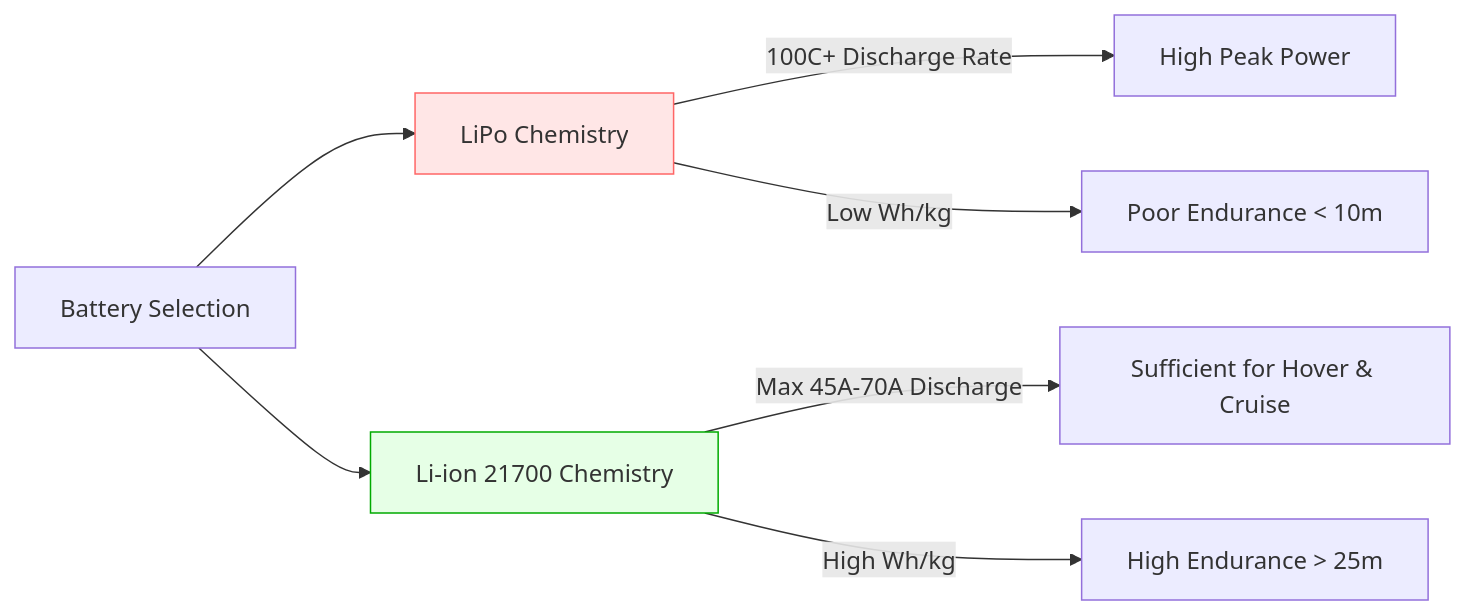
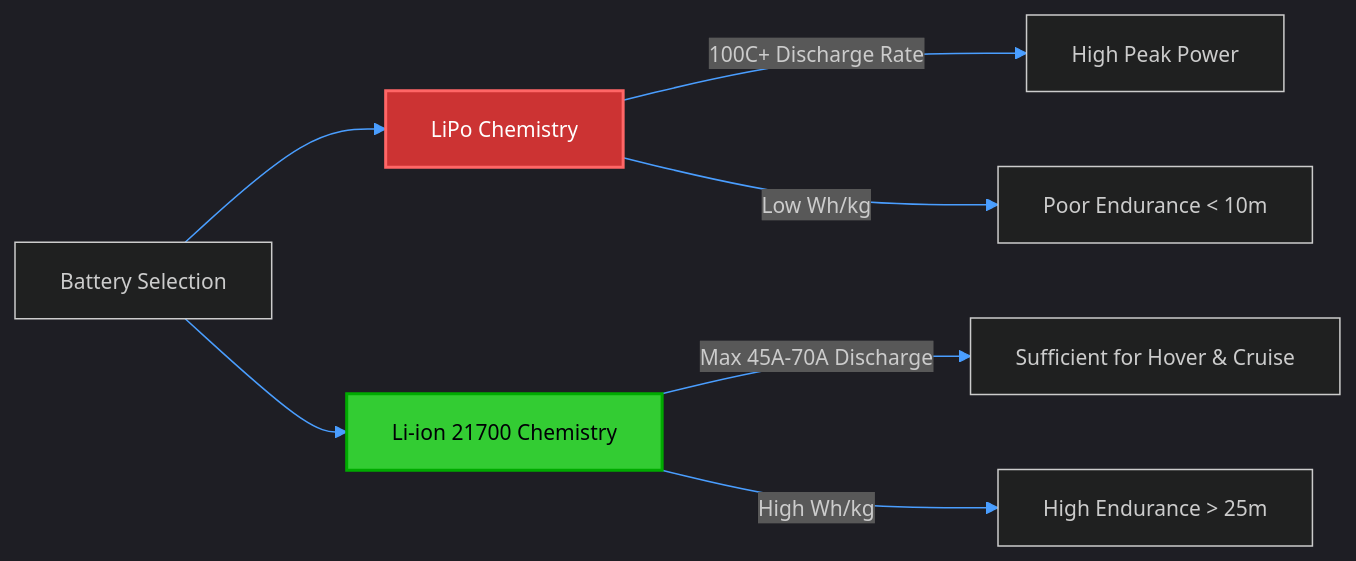
Before and after one commit to ironLegion88/Autonomous-UAV: the third of 4 diagrams in docs/Trade_Studies/01_Propulsion_and_Endurance.md, drawn with Mermaid. The commit also changed other lines of this file and 10 other files, not shown here.

Commit message:
docs: Improve Mermaid theming contrast

````diff
--- a/docs/Trade_Studies/01_Propulsion_and_Endurance.md
+++ b/docs/Trade_Studies/01_Propulsion_and_Endurance.md
@@ -91,14 +95,15 @@
 ```mermaid
+%%{init: {'theme': 'dark', 'themeVariables': {'fontSize': '14px', 'primaryColor': '#1e1e1e', 'primaryTextColor': '#ffffff', 'primaryBorderColor': '#4a9eff', 'lineColor': '#4a9eff'}, 'flowchart': {'useMaxWidth': true}}}%%
 flowchart LR
     B[Battery Selection] --> LiPo[LiPo Chemistry]
     B --> LiIon[Li-ion 21700 Chemistry]
     
     LiPo --> |100C+ Discharge Rate| HighP[High Peak Power]
     LiPo --> |Low Wh/kg| LowE[Poor Endurance < 10m]
     
     LiIon --> |Max 45A-70A Discharge| LowP[Sufficient for Hover & Cruise]
     LiIon --> |High Wh/kg| HighE[High Endurance > 25m]
     
-    style LiPo fill:#ffe6e6,stroke:#ff6666
-    style LiIon fill:#e6ffe6,stroke:#00aa00
+    style LiPo fill:#cc3333,stroke:#ff6666,stroke-width:2px,color:#ffffff
+    style LiIon fill:#33cc33,stroke:#00aa00,stroke-width:2px,color:#000006
 ```
````
